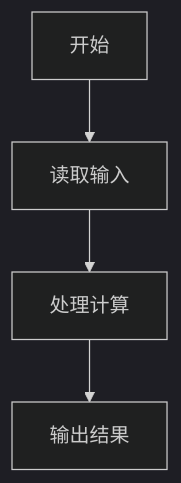
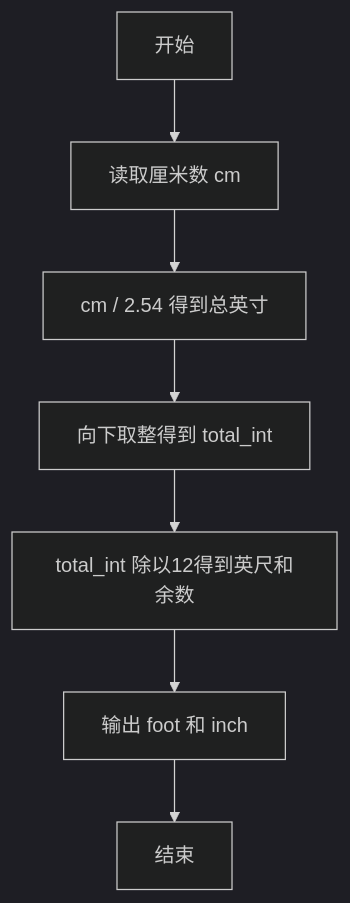
The first of 2 diagrams in 编程题/PTA基础编程题目集 7-1厘米换算英尺英寸（Lua语言实现）.md (pta-program/pta_basic_program_article_by_lua), drawn with Mermaid (dark theme) before and after one commit. The commit also changed other lines of this file and 50 other files, not shown here.

````diff
--- a/编程题/PTA基础编程题目集 7-1厘米换算英尺英寸（Lua语言实现）.md
+++ b/编程题/PTA基础编程题目集 7-1厘米换算英尺英寸（Lua语言实现）.md
@@ -52,6 +63,9 @@
 ```mermaid
 flowchart TD
-  A[开始] --> B[读取输入]
-  B --> C[处理计算]
-  C --> D[输出结果]
+  A[开始] --> B[读取厘米数 cm]
+  B --> C[cm / 2.54 得到总英寸]
+  C --> D[向下取整得到 total_int]
+  D --> E[total_int 除以12得到英尺和余数]
+  E --> F[输出 foot 和 inch]
+  F --> G[结束]
 ```
````
